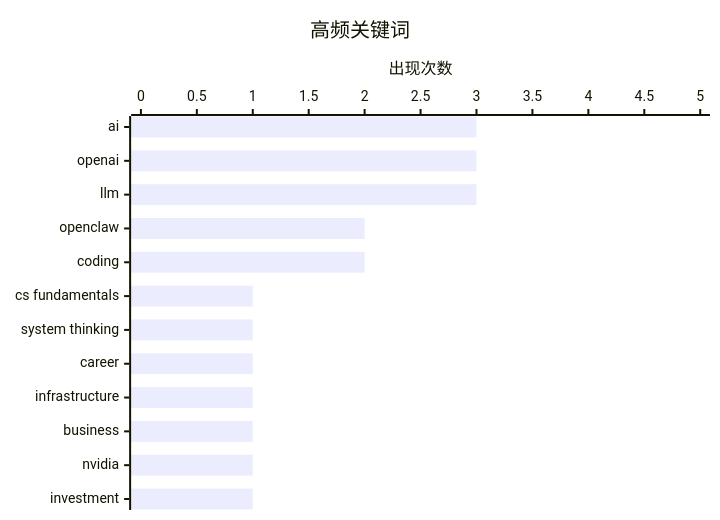
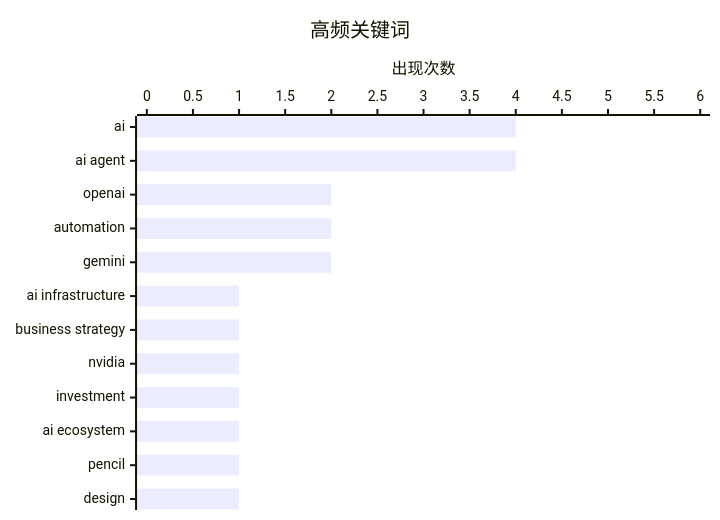
Before and after one commit to MirrMeur/ai-daily-digest: the second of 2 diagrams in digests/digest-20260222.md, drawn with Mermaid. The commit also changed other lines of this file, not shown here.

````diff
--- a/digests/digest-20260222.md
+++ b/digests/digest-20260222.md
@@ -84,7 +84,7 @@
 ```mermaid
 xychart-beta horizontal
     title "高频关键词"
-    x-axis ["ai", "openai", "llm", "openclaw", "coding", "cs fundamentals", "system thinking", "career", "infrastructure", "business", "nvidia", "investment"]
-    y-axis "出现次数" 0 --> 5
-    bar [3, 3, 3, 2, 2, 1, 1, 1, 1, 1, 1, 1]
+    x-axis ["ai", "ai agent", "openai", "automation", "gemini", "ai infrastructure", "business strategy", "nvidia", "investment", "ai ecosystem", "pencil", "design"]
+    y-axis "出现次数" 0 --> 6
+    bar [4, 4, 2, 2, 2, 1, 1, 1, 1, 1, 1, 1]
 ```
````
